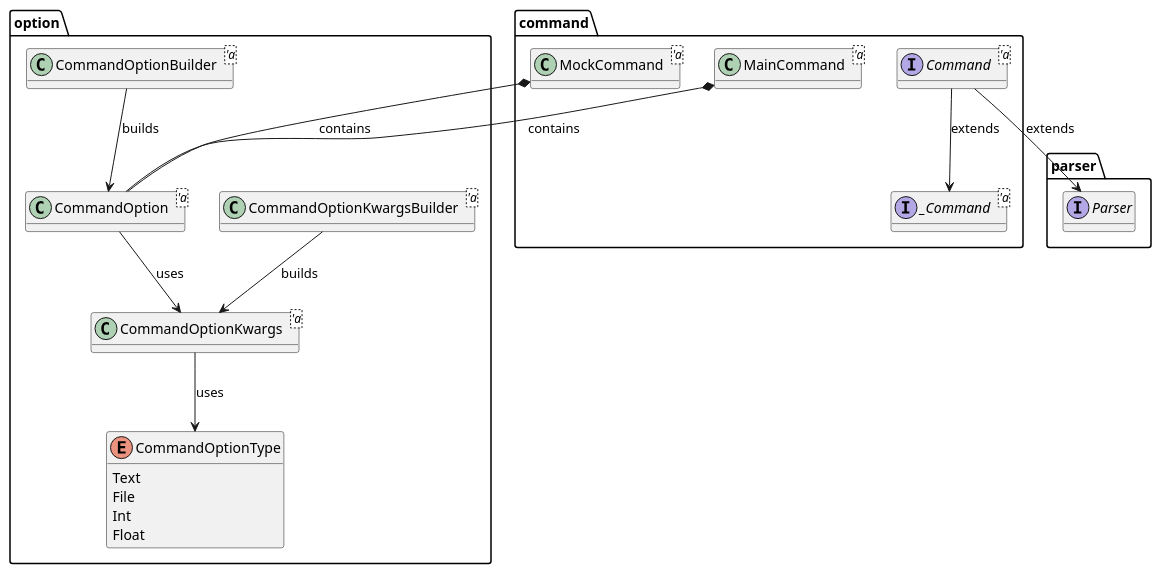
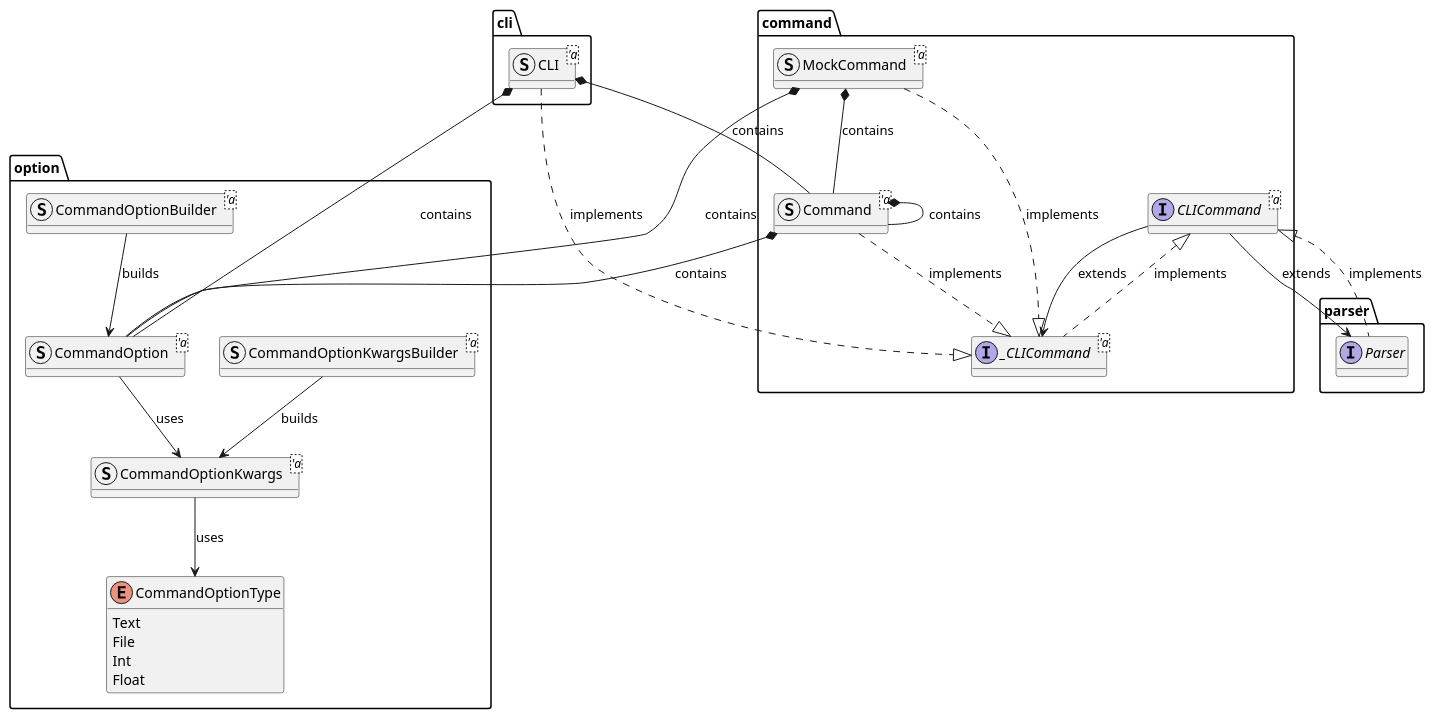
One commit to ayeniswe/statpack changed the diagram in docs/uml/app.pu. Above: the diagram before and after it, drawn with PlantUML. The commit also changed 72 other files, not shown here.

```diff
--- a/docs/uml/app.pu
+++ b/docs/uml/app.pu
@@ -1,50 +1,65 @@
 @startuml app
 ' hide fields
 hide methods
 
 package option {
-    class CommandOptionKwargsBuilder<'a> {
+    struct CommandOptionKwargsBuilder<'a> {
     }
-    class CommandOptionKwargs<'a> {
+    struct CommandOptionKwargs<'a> {
     }
-    class CommandOptionBuilder<'a> {
+    struct CommandOptionBuilder<'a> {
     }
-    class CommandOption<'a> {
+    struct CommandOption<'a> {
     }
+
     enum CommandOptionType {
         Text
         File
         Int
         Float
     }
 
     CommandOptionKwargsBuilder --> CommandOptionKwargs : builds
     CommandOptionBuilder --> CommandOption : builds
     CommandOption --> CommandOptionKwargs : uses
     CommandOptionKwargs --> CommandOptionType : uses
 }
 
 package parser {
     interface Parser {
     }
 }
 
 package command {
-    interface _Command<'a> {
+    interface _CLICommand<'a> {
     }
-    interface Command<'a> {
+    interface CLICommand<'a> {
     }
 
-    class MockCommand<'a> {
+    struct MockCommand<'a> {
     }
-    class MainCommand<'a> {
+    struct Command<'a> {
     }
 
-    Command --> _Command : extends
+    CLICommand --> _CLICommand : extends
+    CLICommand <|.. _CLICommand : implements
+    MockCommand ..|> _CLICommand : implements
+    Command ..|> _CLICommand : implements
+    MockCommand *-- Command : contains
+    Command *-- Command : contains
+}
+package cli {
+    struct CLI<'a> {
+    }
+
+    CLI *-- Command : contains
 }
 
 ' Relationships between modules
 MockCommand *-- CommandOption : contains
-MainCommand *-- CommandOption : contains
-Command --> Parser : extends
+CLI *-- CommandOption : contains
+Command *-- CommandOption : contains
+CLICommand --> Parser : extends
+CLI ..|> _CLICommand : implements
+CLICommand <|.. Parser : implements
 @enduml
```
